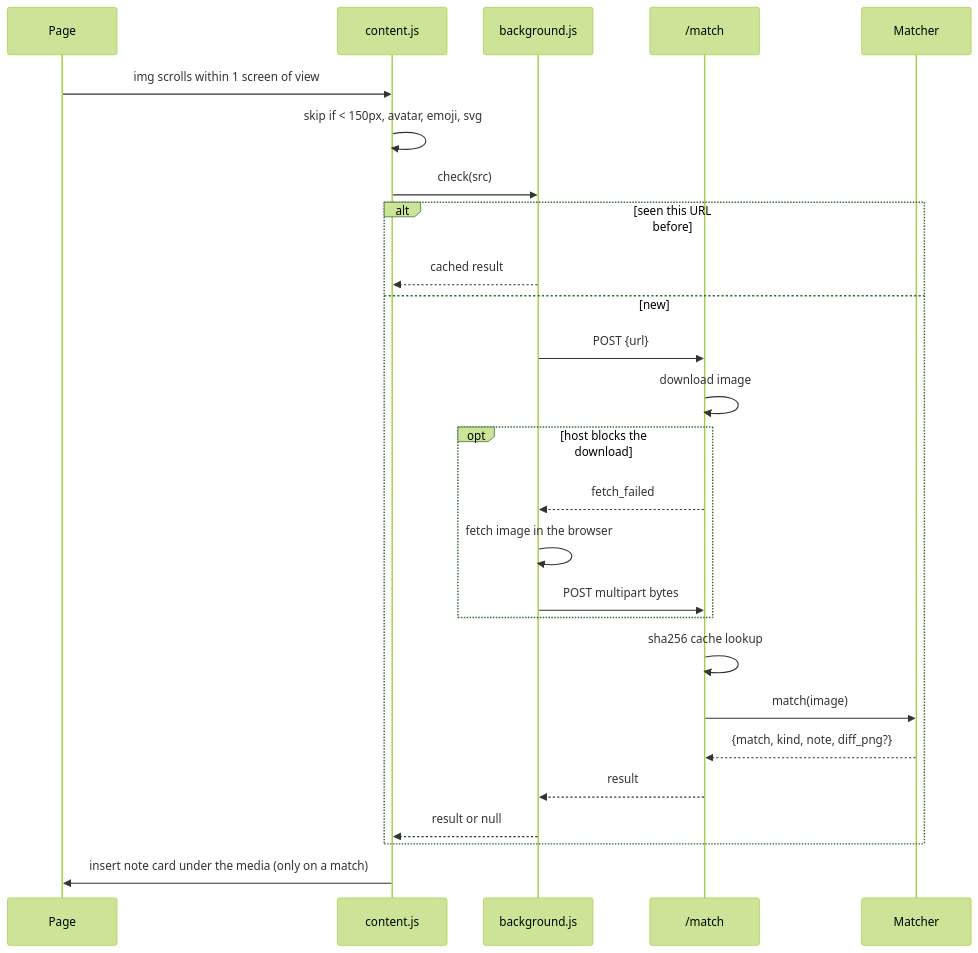
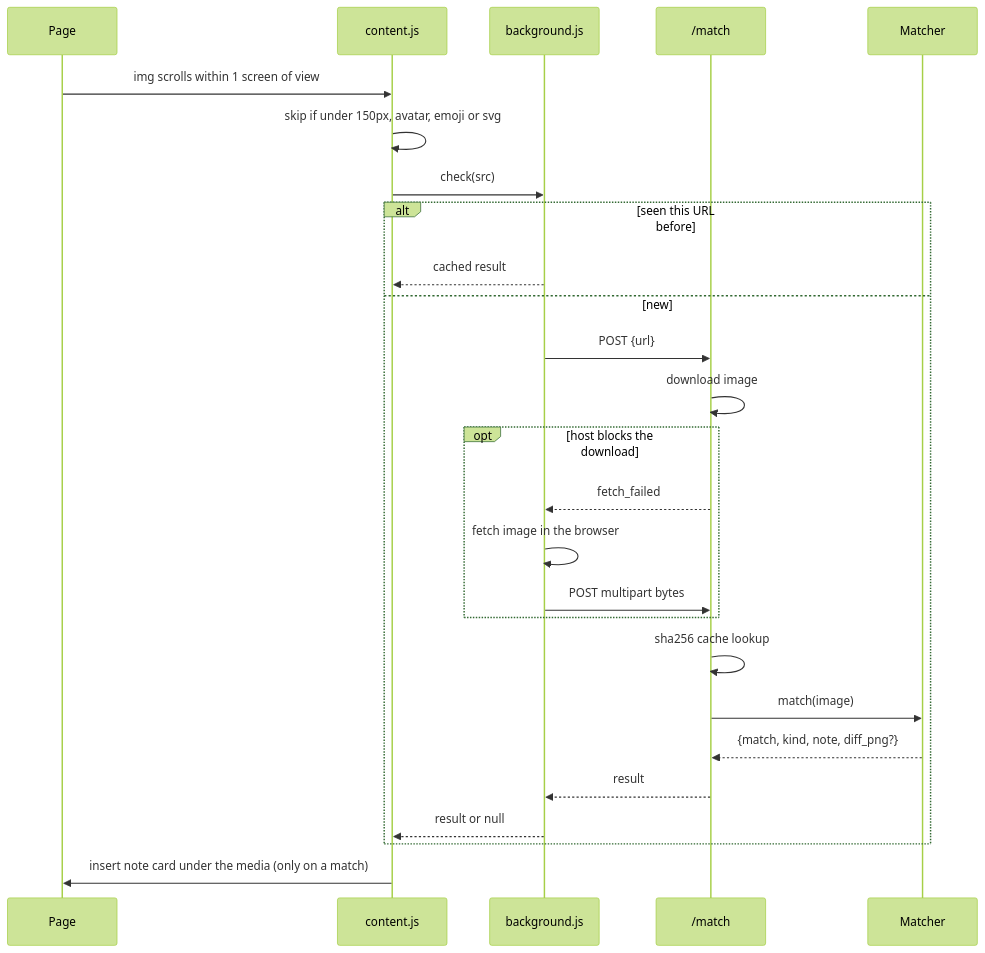
The second of 6 diagrams in docs/DESIGN.md (sbui056/son-del-north), drawn with Mermaid (forest theme) before and after one commit. The commit also changed other lines of this file and 1 other file, not shown here.

Commit message:
readme and design doc: invisible by design, tighter wording, mermaid fixes

````diff
--- a/docs/DESIGN.md
+++ b/docs/DESIGN.md
@@ -50,29 +50,29 @@
 ```mermaid
 sequenceDiagram
   participant P as Page
   participant C as content.js
   participant B as background.js
   participant S as /match
   participant M as Matcher
 
   P->>C: img scrolls within 1 screen of view
-  C->>C: skip if < 150px, avatar, emoji, svg
+  C->>C: skip if under 150px, avatar, emoji or svg
   C->>B: check(src)
   alt seen this URL before
     B-->>C: cached result
   else new
     B->>S: POST {url}
     S->>S: download image
     opt host blocks the download
       S-->>B: fetch_failed
       B->>B: fetch image in the browser
       B->>S: POST multipart bytes
     end
     S->>S: sha256 cache lookup
     S->>M: match(image)
     M-->>S: {match, kind, note, diff_png?}
     S-->>B: result
     B-->>C: result or null
   end
   C->>P: insert note card under the media (only on a match)
 ```
````
